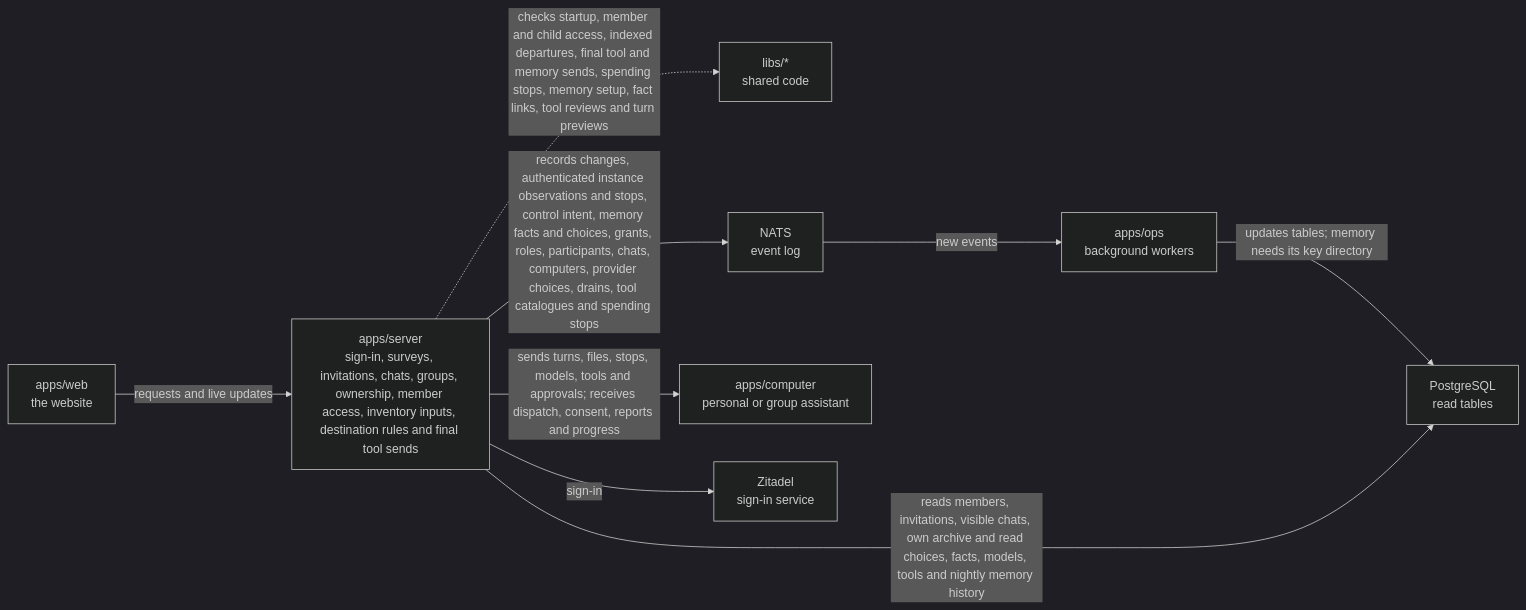
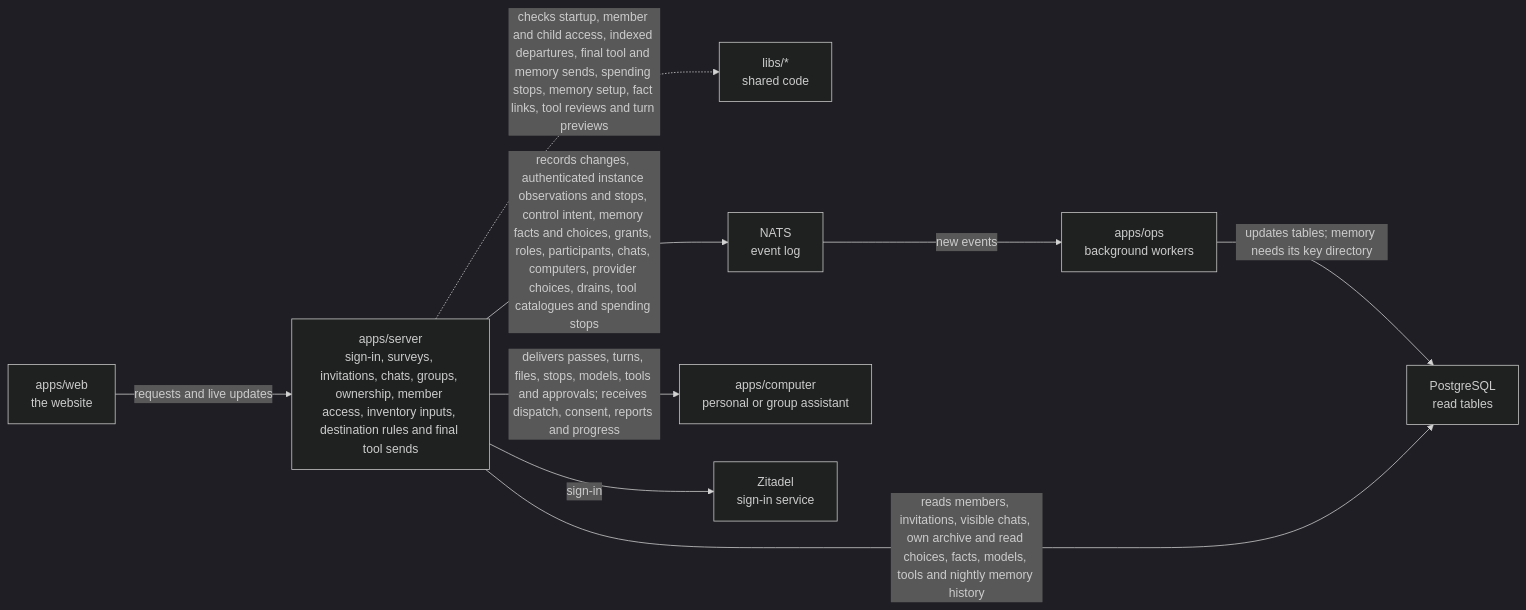
The diagram in apps/server/README.md (elewa-git/opencrane-new), drawn with Mermaid (dark theme) before and after one commit. The commit also changed other lines of this file and 19 other files, not shown here.

````diff
--- a/apps/server/README.md
+++ b/apps/server/README.md
@@ -11,11 +11,11 @@
 ```mermaid
 flowchart LR
   web["apps/web<br/>the website"] -->|requests and live updates| server["apps/server<br/>sign-in, surveys, invitations, chats, groups, ownership, member access, inventory inputs, destination rules and final tool sends"]
   server -.->|checks startup, member and child access, indexed departures, final tool and memory sends, spending stops, memory setup, fact links, tool reviews and turn previews| libs["libs/*<br/>shared code"]
   server -->|records changes, authenticated instance observations and stops, control intent, memory facts and choices, grants, roles, participants, chats, computers, provider choices, drains, tool catalogues and spending stops| nats["NATS<br/>event log"]
   nats -->|new events| ops["apps/ops<br/>background workers"]
   ops -->|updates tables; memory needs its key directory| postgres["PostgreSQL<br/>read tables"]
   server -->|reads members, invitations, visible chats, own archive and read choices, facts, models, tools and nightly memory history| postgres
-  server -->|sends turns, files, stops, models, tools and approvals; receives dispatch, consent, reports and progress| computer["apps/computer<br/>personal or group assistant"]
+  server -->|delivers passes, turns, files, stops, models, tools and approvals; receives dispatch, consent, reports and progress| computer["apps/computer<br/>personal or group assistant"]
   server -->|sign-in| zitadel["Zitadel<br/>sign-in service"]
 ```
````
